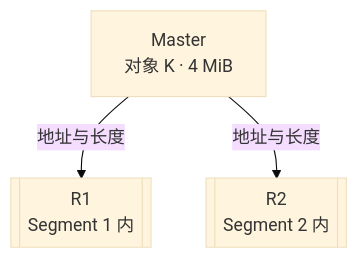
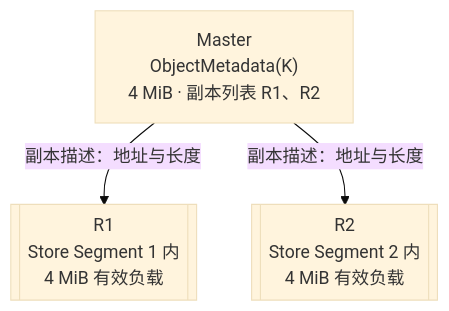
Before and after one commit to Hansyangxingxiang/Mooncake: the first of 2 diagrams in mooncake-kv-cache-series/wechat/02-objects-and-replicas.md, drawn with Mermaid (base theme). The commit also changed other lines of this file and 10 other files, not shown here.

````diff
--- a/mooncake-kv-cache-series/wechat/02-objects-and-replicas.md
+++ b/mooncake-kv-cache-series/wechat/02-objects-and-replicas.md
@@ -36,8 +36,8 @@
 ```mermaid
 flowchart TB
-    OM["Master<br/>对象 K · 4 MiB"]
-    R1[["R1<br/>Segment 1 内"]]
-    R2[["R2<br/>Segment 2 内"]]
-    OM -->|"地址与长度"| R1
-    OM -->|"地址与长度"| R2
+    OM["Master<br/>ObjectMetadata(K)<br/>4 MiB · 副本列表 R1、R2"]
+    R1[["R1<br/>Store Segment 1 内<br/>4 MiB 有效负载"]]
+    R2[["R2<br/>Store Segment 2 内<br/>4 MiB 有效负载"]]
+    OM -->|"副本描述：地址与长度"| R1
+    OM -->|"副本描述：地址与长度"| R2
 ```
````
